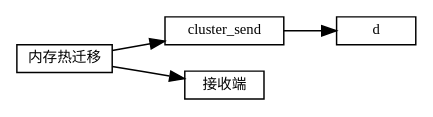
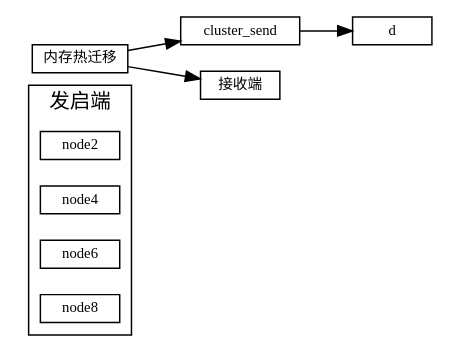
Before and after one commit to sisyphus1212/note: the diagram in 虚拟化/热迁移/1-内存热迁移.md, drawn with Graphviz.

Commit message:
auto_update

````diff
--- a/虚拟化/热迁移/1-内存热迁移.md
+++ b/虚拟化/热迁移/1-内存热迁移.md
@@ -11,20 +11,21 @@
 ```graphviz
 digraph 热迁移 {
 fontname="Helvetica,Arial,sans-serif"
 //node [fontname="Helvetica,Arial,sans-serif"]
 edge [fontname="Helvetica,Arial,sans-serif"]
 rankdir="LR"
 node [fontsize=10, shape=box, height=0.25]
 edge [fontsize=10]
 
   subgraph cluster_send {
     label="发启端";
+    node2; node4; node6; node8;
   }
 
 内存热迁移 [label="内存热迁移"]
 内存热迁移 -> cluster_send
            -> d
 
 内存热迁移 -> 接收端
 }
 ```
````
